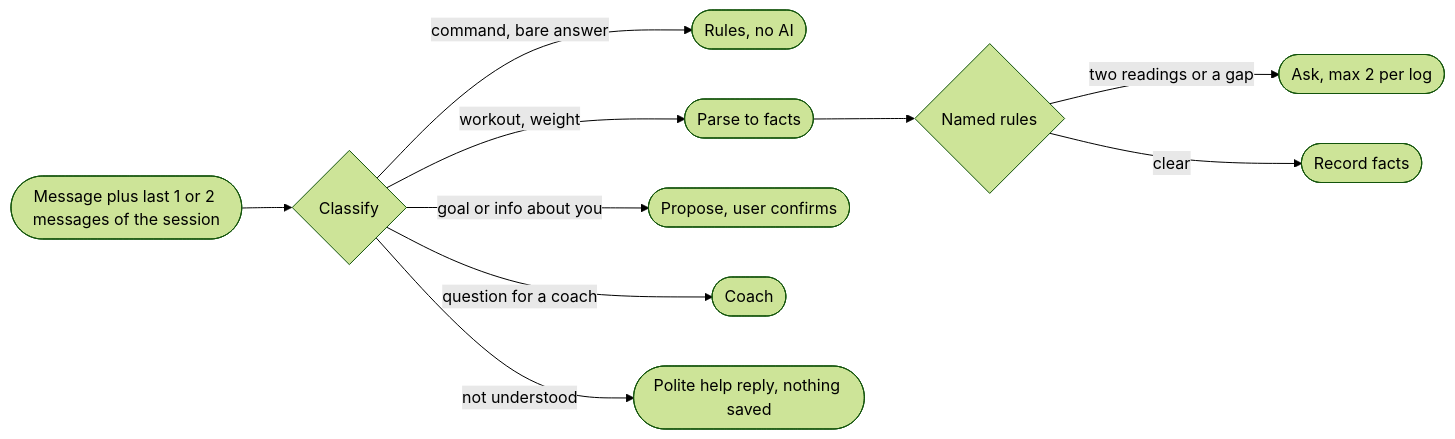
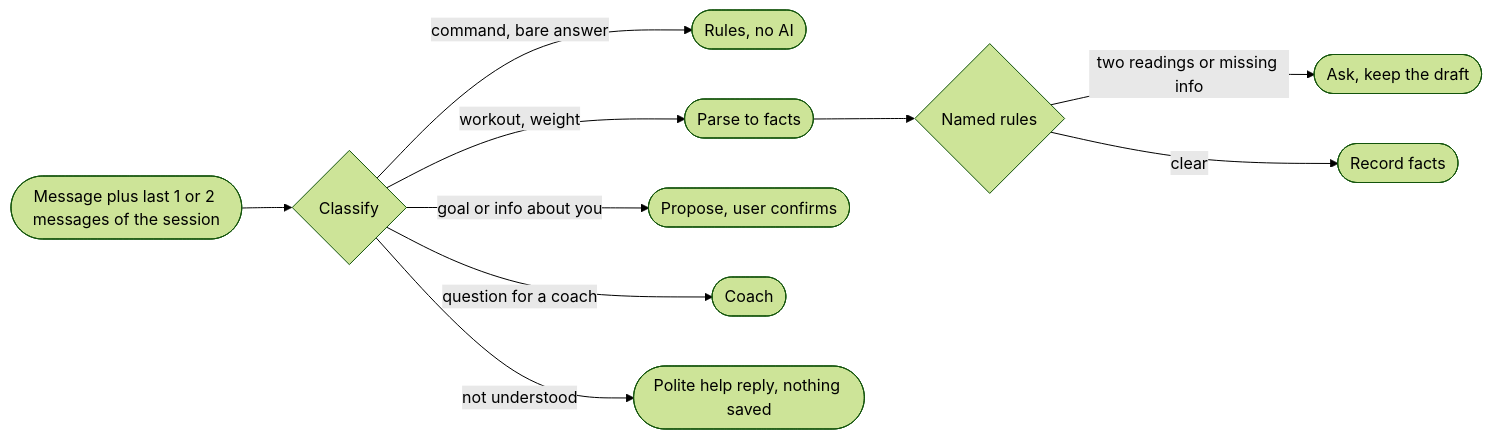
Before and after one commit to Hersh3yy/work-it-out: the second of 5 diagrams in PLAN.md, drawn with Mermaid (forest theme). The commit also changed other lines of this file and 1 other file, not shown here.

Commit message:
Plan: minimum required info and drafts replace the two-question limit

````diff
--- a/PLAN.md
+++ b/PLAN.md
@@ -117,12 +117,12 @@
 ```mermaid
 flowchart LR
   M([Message plus last 1 or 2 messages of the session]) --> C{Classify}
   C -->|command, bare answer| R1([Rules, no AI])
   C -->|workout, weight| P([Parse to facts])
   C -->|goal or info about you| G([Propose, user confirms])
   C -->|question for a coach| Q([Coach])
   C -->|not understood| H([Polite help reply, nothing saved])
   P --> N{Named rules}
-  N -->|two readings or a gap| A([Ask, max 2 per log])
+  N -->|two readings or missing info| A([Ask, keep the draft])
   N -->|clear| S([Record facts])
 ```
````
